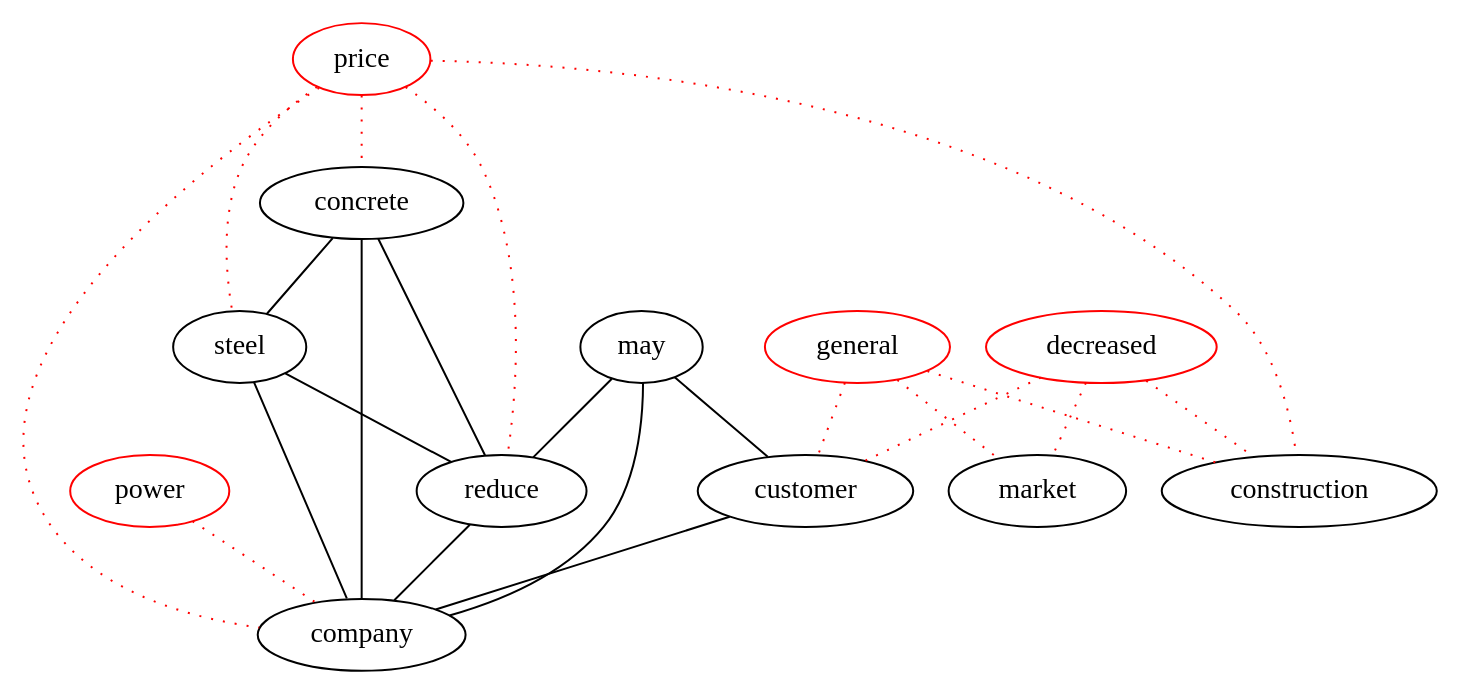
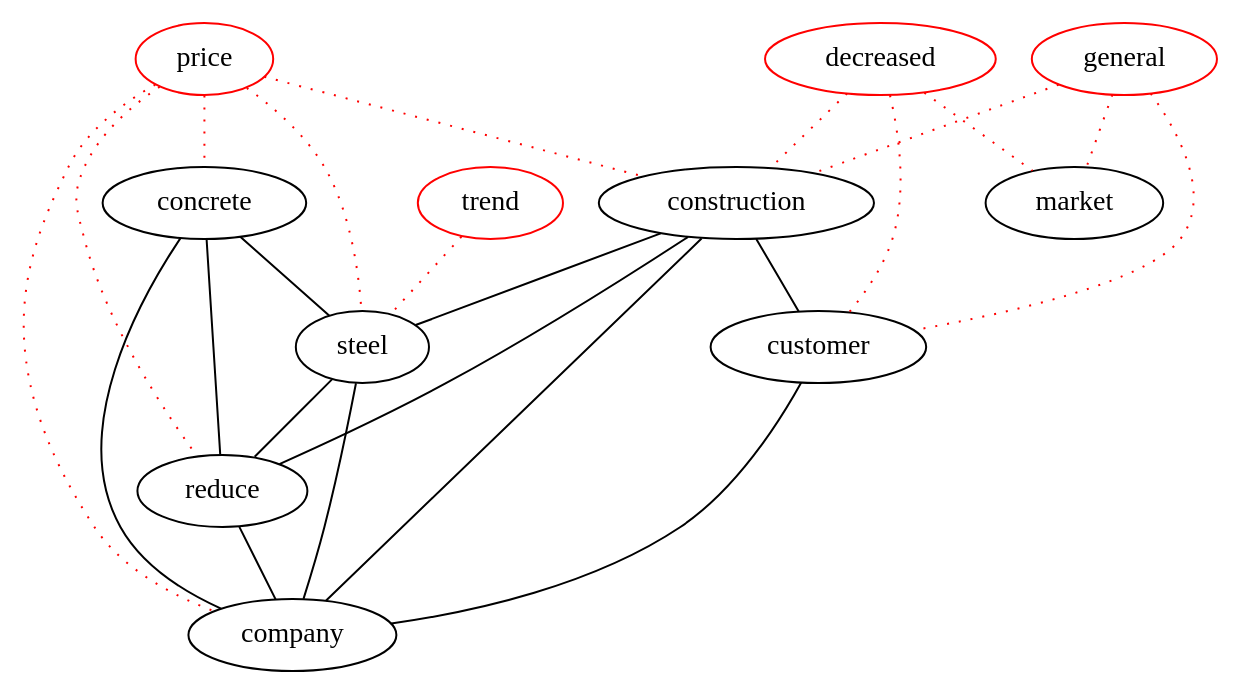
One commit to michaelweiss/keygraph changed the diagram in dot/d2.dot. Above: the diagram before and after it, drawn with Graphviz. The commit also changed 3 other files, not shown here.

```diff
--- a/dot/d2.dot
+++ b/dot/d2.dot
@@ -1,35 +1,36 @@
 graph keygraph {
 graph [size="10,10"]
-may [color="black"]
+company [color="black"]
+reduce [color="black"]
+construction [color="black"]
 concrete [color="black"]
+customer [color="black"]
 steel [color="black"]
-reduce [color="black"]
-customer [color="black"]
-company [color="black"]
-power [color="red"]
+trend [color="red"]
+general [color="red"]
+decreased [color="red"]
 price [color="red"]
-decreased [color="red"]
-general [color="red"]
+construction--steel
+construction--reduce
+construction--customer
+construction--company
 concrete--reduce
 steel--reduce
-may--reduce
-may--customer
 customer--company
 concrete--steel
 concrete--company
 steel--company
-may--company
 reduce--company
-power--company [color="red", style="dotted"]
+trend--steel [color="red", style="dotted"]
 general--market [color="red", style="dotted"]
 general--construction [color="red", style="dotted"]
 general--customer [color="red", style="dotted"]
 decreased--market [color="red", style="dotted"]
 decreased--construction [color="red", style="dotted"]
 decreased--customer [color="red", style="dotted"]
+price--company [color="red", style="dotted"]
+price--reduce [color="red", style="dotted"]
 price--construction [color="red", style="dotted"]
 price--concrete [color="red", style="dotted"]
 price--steel [color="red", style="dotted"]
-price--reduce [color="red", style="dotted"]
-price--company [color="red", style="dotted"]
 }
```
